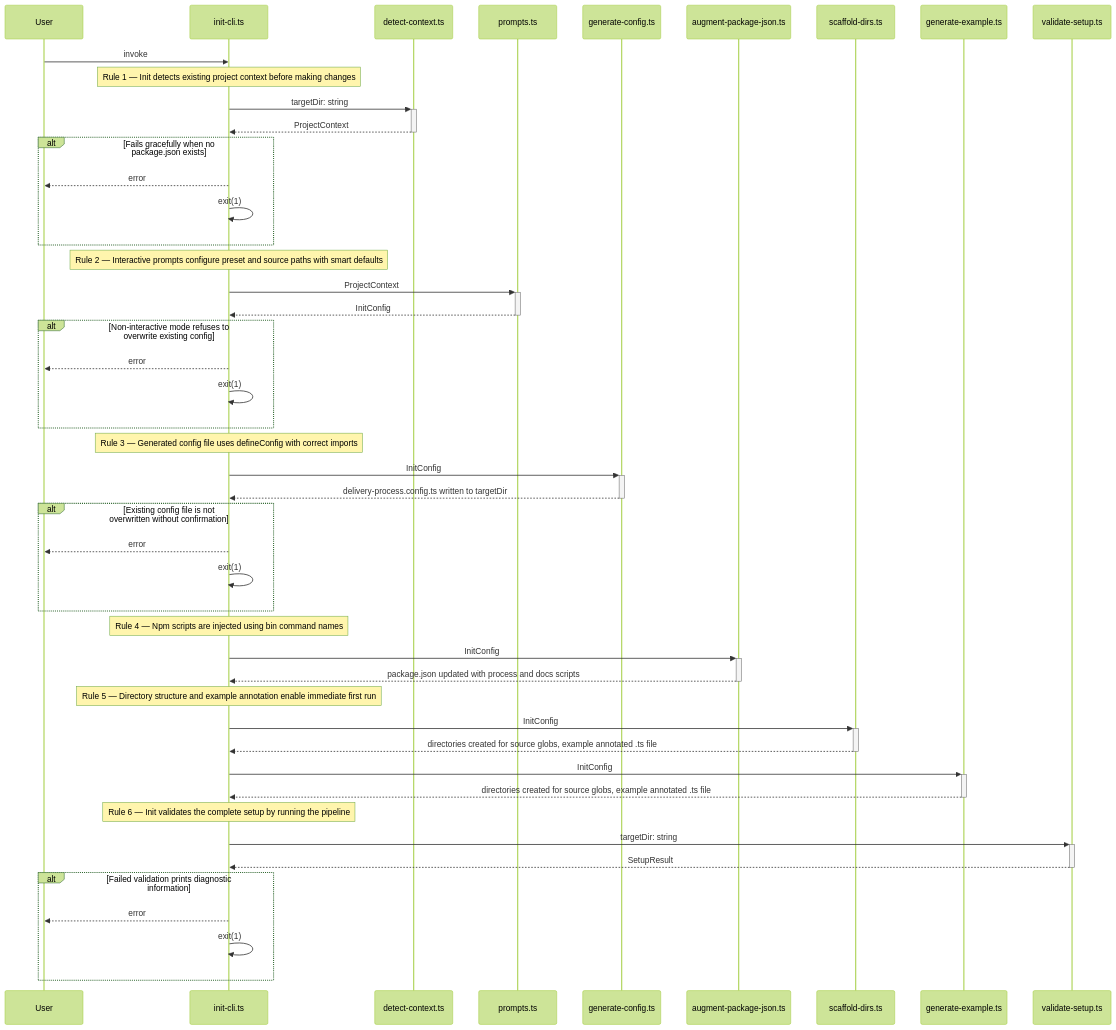
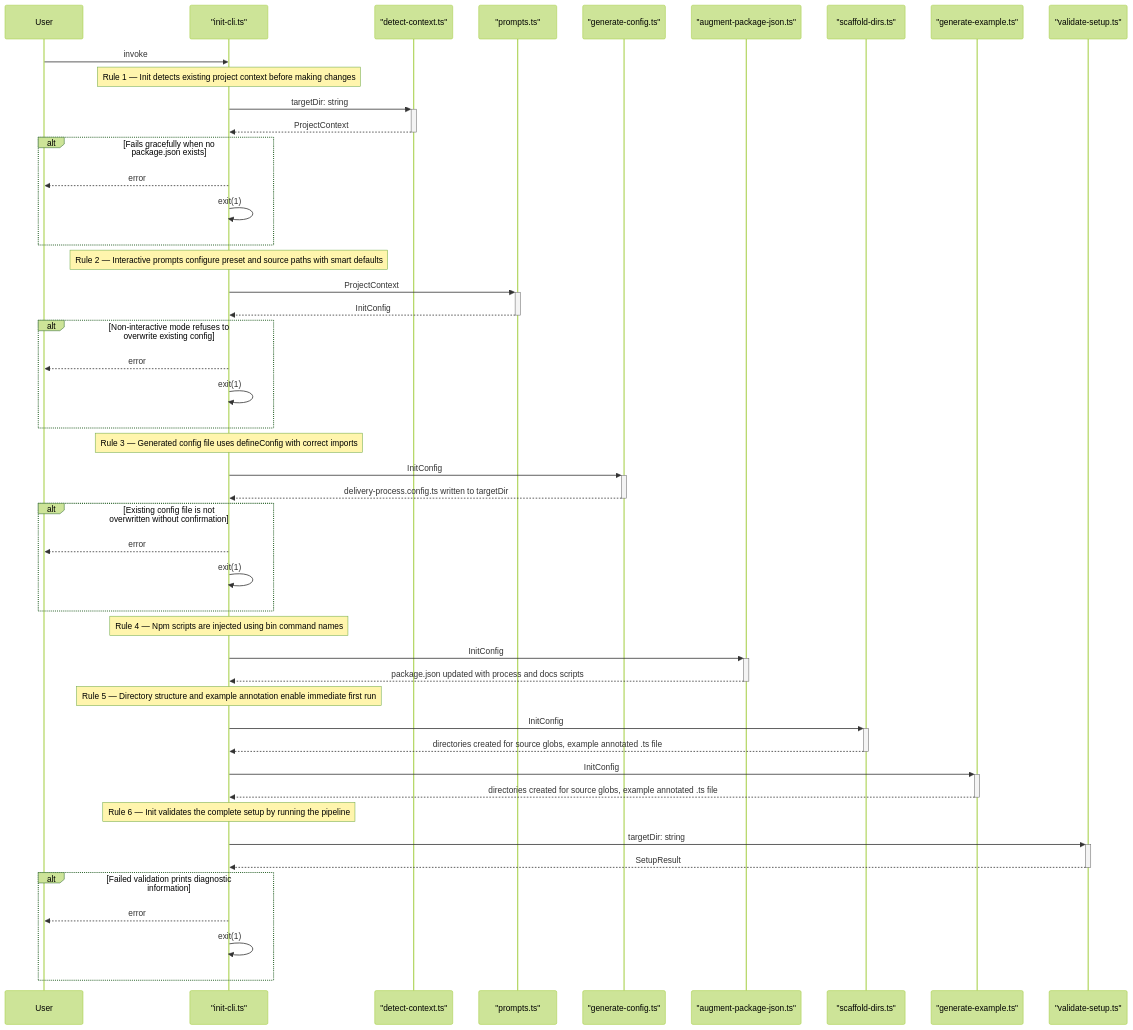
One commit to libar-dev/architect changed the first of 2 diagrams in delivery-process/design-reviews/setup-command.md. Above: the diagram before and after it, drawn with Mermaid (forest theme). The commit also changed 8 other files, not shown here.

Commit message:
feat: harden design review generation and sequence API

````diff
--- a/delivery-process/design-reviews/setup-command.md
+++ b/delivery-process/design-reviews/setup-command.md
@@ -33,67 +33,67 @@
 ```mermaid
 sequenceDiagram
     participant User
-    participant init_cli as init-cli.ts
-    participant detect_context as detect-context.ts
-    participant prompts as prompts.ts
-    participant generate_config as generate-config.ts
-    participant augment_package_json as augment-package-json.ts
-    participant scaffold_dirs as scaffold-dirs.ts
-    participant generate_example as generate-example.ts
-    participant validate_setup as validate-setup.ts
+    participant init_cli as "init-cli.ts"
+    participant detect_context as "detect-context.ts"
+    participant prompts as "prompts.ts"
+    participant generate_config as "generate-config.ts"
+    participant augment_package_json as "augment-package-json.ts"
+    participant scaffold_dirs as "scaffold-dirs.ts"
+    participant generate_example as "generate-example.ts"
+    participant validate_setup as "validate-setup.ts"
 
     User->>init_cli: invoke
 
     Note over init_cli: Rule 1 — Init detects existing project context before making changes
 
     init_cli->>+detect_context: targetDir: string
     detect_context-->>-init_cli: ProjectContext
 
     alt Fails gracefully when no package.json exists
         init_cli-->>User: error
         init_cli->>init_cli: exit(1)
     end
 
     Note over init_cli: Rule 2 — Interactive prompts configure preset and source paths with smart defaults
 
     init_cli->>+prompts: ProjectContext
     prompts-->>-init_cli: InitConfig
 
     alt Non-interactive mode refuses to overwrite existing config
         init_cli-->>User: error
         init_cli->>init_cli: exit(1)
     end
 
     Note over init_cli: Rule 3 — Generated config file uses defineConfig with correct imports
 
     init_cli->>+generate_config: InitConfig
     generate_config-->>-init_cli: delivery-process.config.ts written to targetDir
 
     alt Existing config file is not overwritten without confirmation
         init_cli-->>User: error
         init_cli->>init_cli: exit(1)
     end
 
     Note over init_cli: Rule 4 — Npm scripts are injected using bin command names
 
     init_cli->>+augment_package_json: InitConfig
     augment_package_json-->>-init_cli: package.json updated with process and docs scripts
 
     Note over init_cli: Rule 5 — Directory structure and example annotation enable immediate first run
 
     init_cli->>+scaffold_dirs: InitConfig
     scaffold_dirs-->>-init_cli: directories created for source globs, example annotated .ts file
     init_cli->>+generate_example: InitConfig
     generate_example-->>-init_cli: directories created for source globs, example annotated .ts file
 
     Note over init_cli: Rule 6 — Init validates the complete setup by running the pipeline
 
     init_cli->>+validate_setup: targetDir: string
     validate_setup-->>-init_cli: SetupResult
 
     alt Failed validation prints diagnostic information
         init_cli-->>User: error
         init_cli->>init_cli: exit(1)
     end
 
 ```
````
